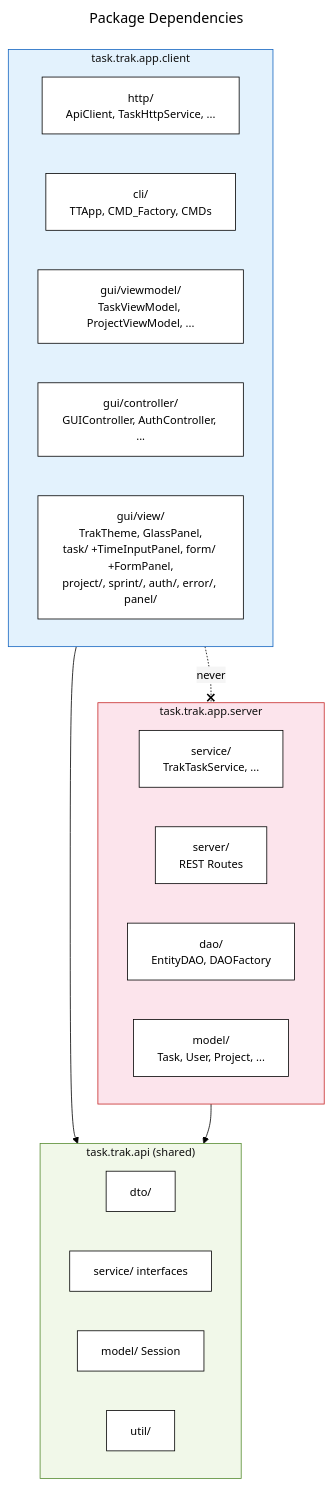
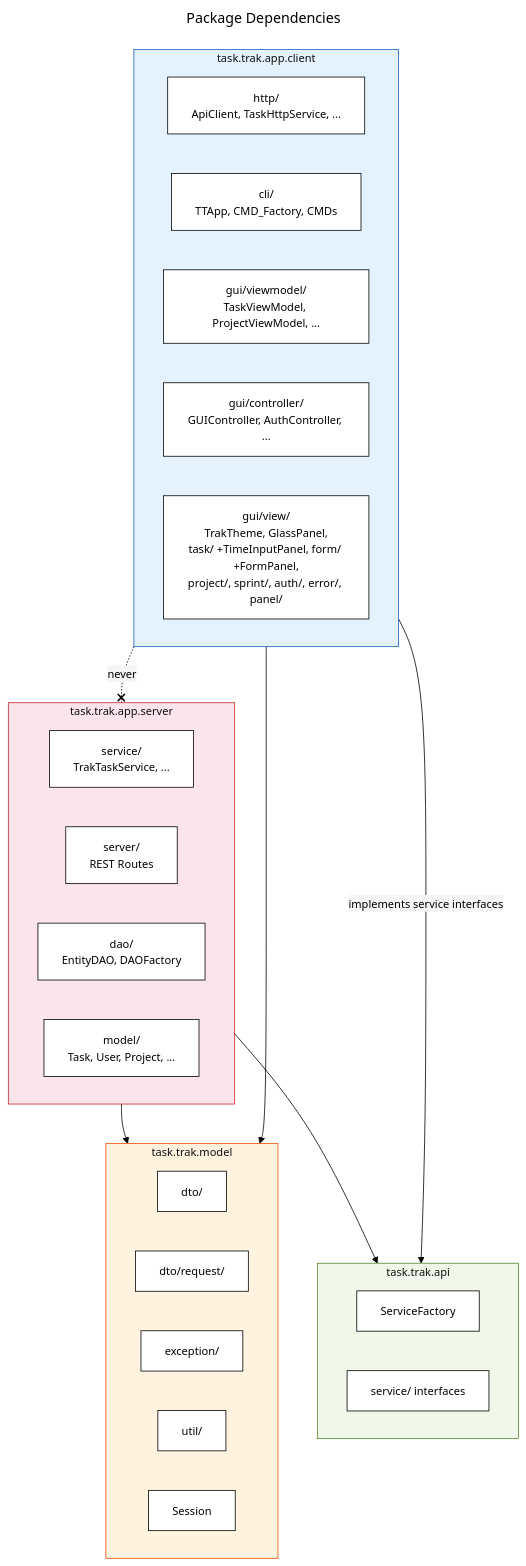
Before and after one commit to magana272/TaskTrac: the third of 11 diagrams in docs/DIAGRAM.md, drawn with Mermaid. The commit also changed other lines of this file and 369 other files, not shown here.

First line of the commit message:
Update README, DESIGN, DIAGRAM, and javadocs for v0.0.9

````diff
--- a/docs/DIAGRAM.md
+++ b/docs/DIAGRAM.md
@@ -154,51 +154,61 @@
 ```mermaid
 ---
 config:
   theme: base
   themeVariables:
     primaryColor: '#ffffff'
     primaryTextColor: '#000000'
     primaryBorderColor: '#000000'
     lineColor: '#000000'
     secondaryColor: '#f5f5f5'
     tertiaryColor: '#f0f0f0'
     fontFamily: 'Georgia, Times New Roman, serif'
     fontSize: '14px'
     clusterBkg: '#fafafa'
     clusterBorder: '#000000'
 title: Package Dependencies
 ---
 flowchart TB
-    subgraph api["task.trak.api (shared)"]
+    subgraph api["task.trak.api"]
+        direction LR
+        sf[ServiceFactory]
+        svc_if[service/ interfaces]
+    end
+
+    subgraph model["task.trak.model"]
         direction LR
         dto[dto/]
-        svc_if[service/ interfaces]
-        session[model/ Session]
+        dto_req[dto/request/]
+        exception[exception/]
         util[util/]
+        session[Session]
     end
 
     subgraph client["task.trak.app.client"]
         direction LR
         http[http/<br>ApiClient, TaskHttpService, ...]
         cli[cli/<br>TTApp, CMD_Factory, CMDs]
         viewmodel[gui/viewmodel/<br>TaskViewModel, ProjectViewModel, ...]
         controller[gui/controller/<br>GUIController, AuthController, ...]
         views[gui/view/<br>TrakTheme, GlassPanel,<br>task/ +TimeInputPanel, form/ +FormPanel,<br>project/, sprint/, auth/, error/, panel/]
     end
 
     subgraph server["task.trak.app.server"]
         direction LR
         svc_impl[service/<br>TrakTaskService, ...]
         routes[server/<br>REST Routes]
         dao_layer[dao/<br>EntityDAO, DAOFactory]
         models[model/<br>Task, User, Project, ...]
     end
 
-    client --> api
+    client --> model
+    http -->|implements service interfaces| api
     server --> api
+    server --> model
     client -.-x|never| server
 
     style client fill:#e3f2fd,stroke:#1565c0
     style server fill:#fce4ec,stroke:#c62828
     style api fill:#f1f8e9,stroke:#558b2f
+    style model fill:#fff3e0,stroke:#e65100
 ```
````
